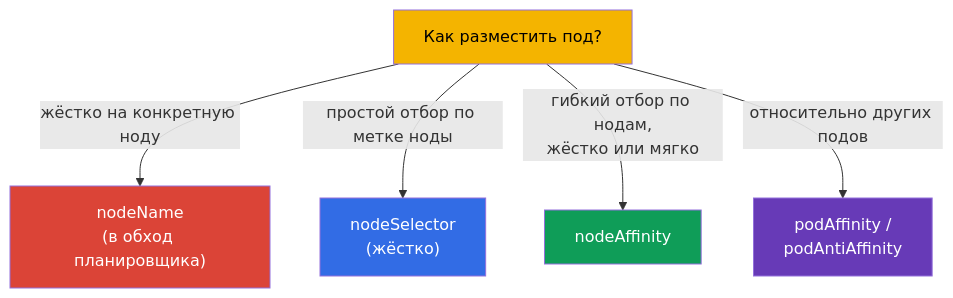
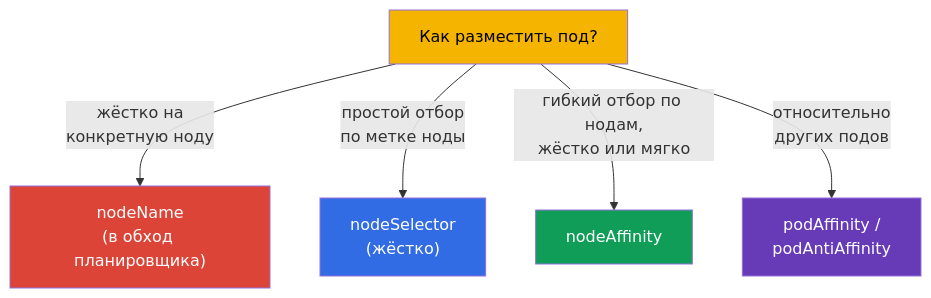
Before and after one commit to ViktorUJ/cks: the seventh of 8 diagrams in tasks/cka/course/12/ru.md, drawn with Mermaid. The commit also changed other lines of this file, not shown here.

````diff
--- a/tasks/cka/course/12/ru.md
+++ b/tasks/cka/course/12/ru.md
@@ -224,13 +234,13 @@
 ```mermaid
 flowchart TB
     q["Как разместить под?"]
-    q -->|"жёстко на конкретную ноду"| nn["nodeName<br>(в обход планировщика)"]
-    q -->|"простой отбор по метке ноды"| ns["nodeSelector<br>(жёстко)"]
+    q -->|"жёстко на<br>конкретную ноду"| nn["nodeName<br>(в обход планировщика)"]
+    q -->|"простой отбор<br>по метке ноды"| ns["nodeSelector<br>(жёстко)"]
     q -->|"гибкий отбор по нодам,<br>жёстко или мягко"| na["nodeAffinity"]
-    q -->|"относительно других подов"| pa["podAffinity /<br>podAntiAffinity"]
+    q -->|"относительно<br>других подов"| pa["podAffinity /<br>podAntiAffinity"]
     style q fill:#f4b400,color:#000
     style nn fill:#db4437,color:#fff
     style ns fill:#326ce5,color:#fff
     style na fill:#0f9d58,color:#fff
     style pa fill:#673ab7,color:#fff
 ```
````
